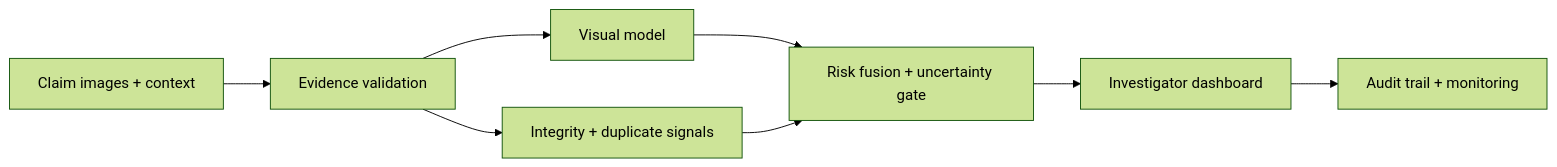
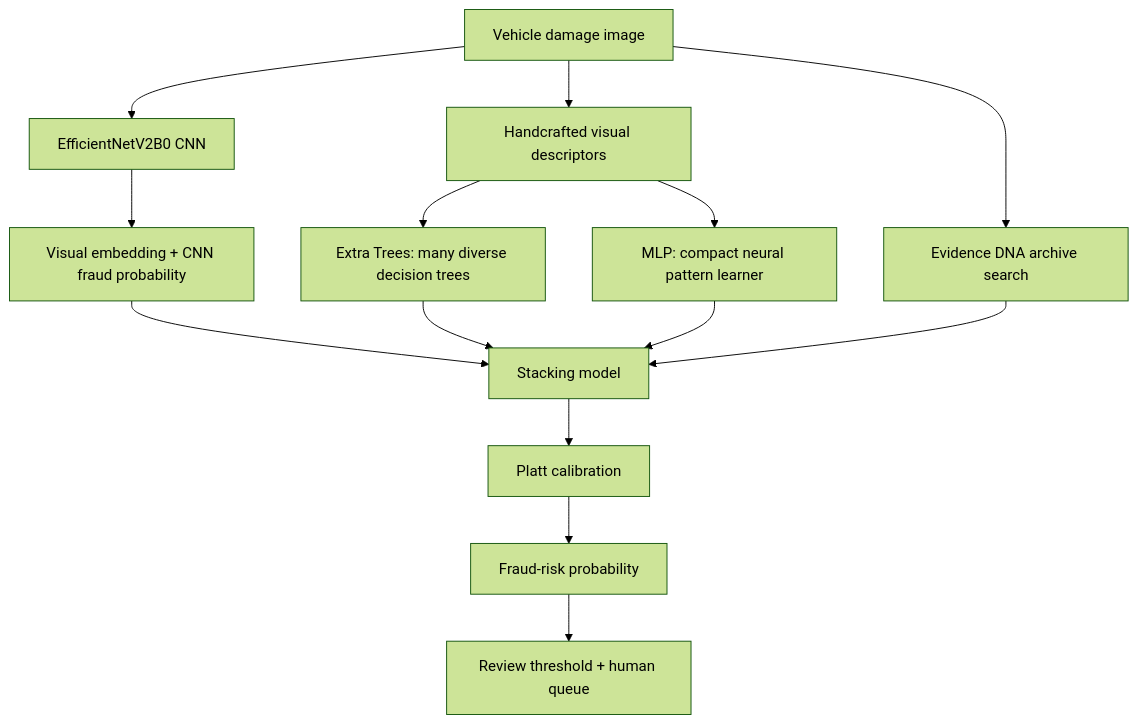
Before and after one commit to krishikesannn/vericlaim-ai: the second of 2 diagrams in README.md, drawn with Mermaid (forest theme). The commit also changed other lines of this file and 1 other file, not shown here.

Commit message:
Enhance project presentation and model report

````diff
--- a/README.md
+++ b/README.md
@@ -175,10 +77,16 @@
 ```mermaid
-flowchart LR
-  A[Claim images + context] --> B[Evidence validation]
-  B --> C[Visual model]
-  B --> D[Integrity + duplicate signals]
-  C --> E[Risk fusion + uncertainty gate]
-  D --> E
-  E --> F[Investigator dashboard]
-  F --> G[Audit trail + monitoring]
+flowchart TD
+  A[Vehicle damage image] --> B[EfficientNetV2B0 CNN]
+  B --> C[Visual embedding + CNN fraud probability]
+  A --> D[Handcrafted visual descriptors]
+  D --> E[Extra Trees: many diverse decision trees]
+  D --> F[MLP: compact neural pattern learner]
+  A --> G[Evidence DNA archive search]
+  C --> H[Stacking model]
+  E --> H
+  F --> H
+  G --> H
+  H --> I[Platt calibration]
+  I --> J[Fraud-risk probability]
+  J --> K[Review threshold + human queue]
 ```
````
